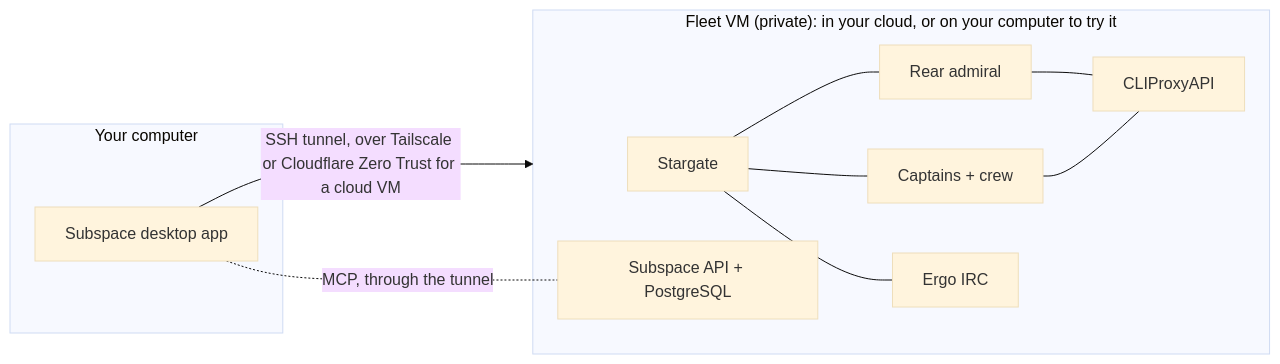
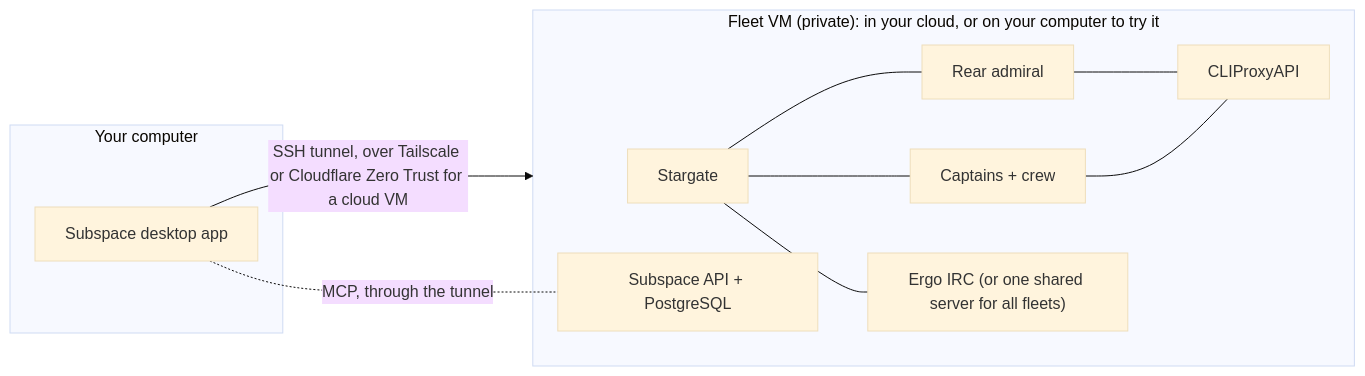
The diagram in INSTALL.md (aiconsultancy/subspace), drawn with Mermaid (base theme) before and after one commit. The commit also changed other lines of this file, not shown here.

First line of the commit message:
docs(install): recommend one shared IRC server in a container

````diff
--- a/INSTALL.md
+++ b/INSTALL.md
@@ -53,19 +54,19 @@
 ```mermaid
 flowchart LR
   subgraph You["Your computer"]
     D[Subspace desktop app]
   end
   subgraph VM["Fleet VM (private): in your cloud, or on your computer to try it"]
     SG[Stargate]
     RA[Rear admiral]
     C[Captains + crew]
     P[CLIProxyAPI]
     API[Subspace API + PostgreSQL]
-    IRC[Ergo IRC]
+    IRC["Ergo IRC (or one shared server for all fleets)"]
   end
   D -- "SSH tunnel, over Tailscale or Cloudflare Zero Trust for a cloud VM" --> VM
   SG --- RA & C
   SG --- IRC
   RA & C --- P
   D -. "MCP, through the tunnel" .- API
 ```
````
